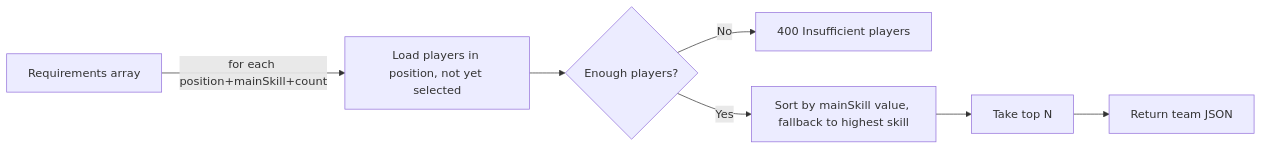
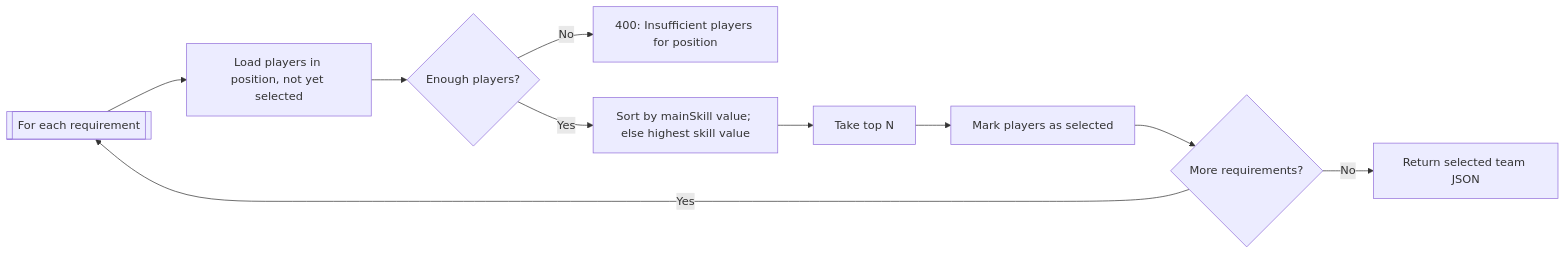
One commit to HidayahMF/RestFullPlayerApi changed the second of 3 diagrams in README.md. Above: the diagram before and after it, drawn with Mermaid. The commit also changed other lines of this file and 9 other files, not shown here.

````diff
--- a/README.md
+++ b/README.md
@@ -91,9 +35,12 @@
 ```mermaid
 flowchart LR
-    REQ[Requirements array] -->|for each position+mainSkill+count| LOAD[Load players in position, not yet selected]
+    REQ[[For each requirement]] --> LOAD[Load players in position, not yet selected]
     LOAD --> CHECK{Enough players?}
-    CHECK -- No --> ERR[400 Insufficient players]
-    CHECK -- Yes --> SORT[Sort by mainSkill value, fallback to highest skill]
+    CHECK -- No --> ERR[400: Insufficient players for position]
+    CHECK -- Yes --> SORT[Sort by mainSkill value; else highest skill value]
     SORT --> PICK[Take top N]
-    PICK --> RESULT[Return team JSON]
+    PICK --> MARK[Mark players as selected]
+    MARK --> NEXT{More requirements?}
+    NEXT -- Yes --> REQ
+    NEXT -- No --> OUT[Return selected team JSON]
 ```
````
